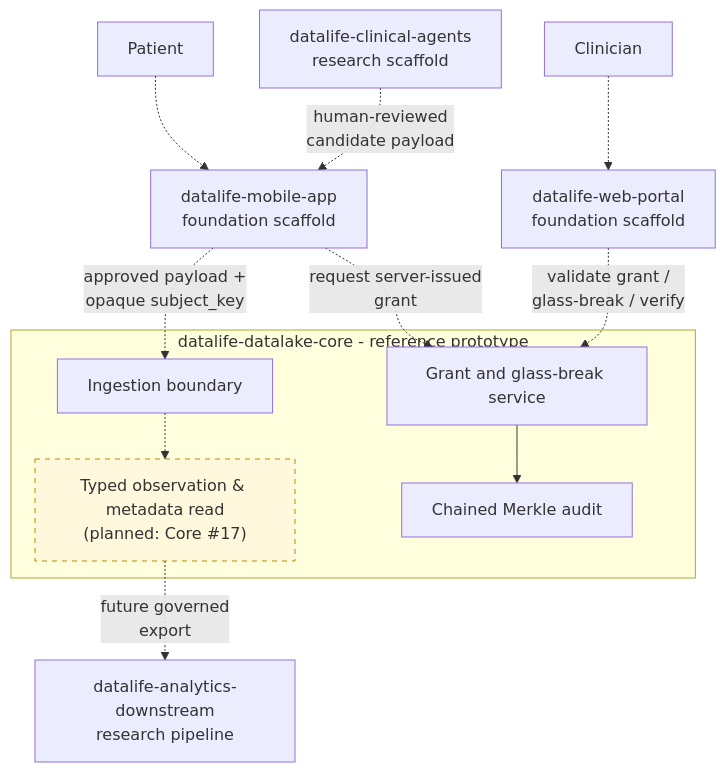
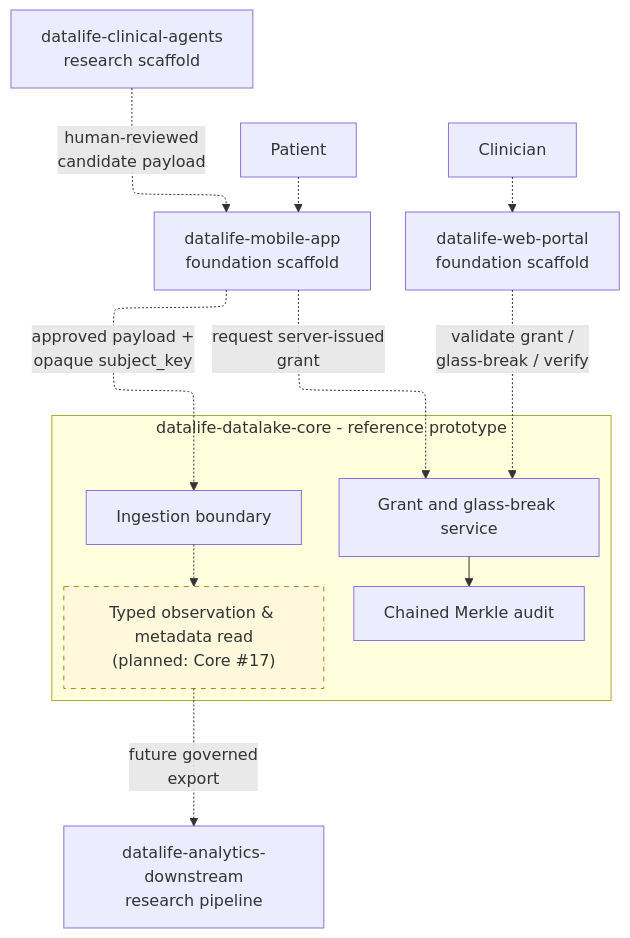
One commit to datalife-ehealth/.github changed the diagram in profile/README.md. Above: the diagram before and after it, drawn with Mermaid.

Commit message:
docs(profile): use ELK Mermaid layout

````diff
--- a/profile/README.md
+++ b/profile/README.md
@@ -51,27 +51,27 @@
 ```mermaid
-%%{init: {"flowchart": {"diagramPadding": 16, "nodeSpacing": 28, "rankSpacing": 34}}}%%
+%%{init: {"flowchart": {"defaultRenderer": "elk", "diagramPadding": 16, "nodeSpacing": 28, "rankSpacing": 32}}}%%
 flowchart TB
     Patient[Patient] -.-> Mobile["datalife-mobile-app<br/>foundation scaffold"]
     Clinician[Clinician] -.-> Web["datalife-web-portal<br/>foundation scaffold"]
 
     subgraph CoreRepo["datalife-datalake-core - reference prototype"]
         Ingest[Ingestion boundary]
         ObsStore["Typed observation & metadata read<br/>(planned: Core #17)"]
         Grants[Grant and glass-break service]
         Audit[Chained Merkle audit]
         Ingest -.-> ObsStore
         Grants --> Audit
     end
 
     Mobile -. "approved payload +<br/>opaque subject_key" .-> Ingest
     Mobile -. "request server-issued<br/>grant" .-> Grants
     Web -. "validate grant /<br/>glass-break / verify" .-> Grants
 
     Agents["datalife-clinical-agents<br/>research scaffold"]
     Analytics["datalife-analytics-downstream<br/>research pipeline"]
     Agents -. "human-reviewed<br/>candidate payload" .-> Mobile
     ObsStore -. "future governed<br/>export" .-> Analytics
 
     classDef planned fill:#fff8dc,stroke:#b88700,stroke-dasharray: 5 5;
     class ObsStore planned;
 ```
````
